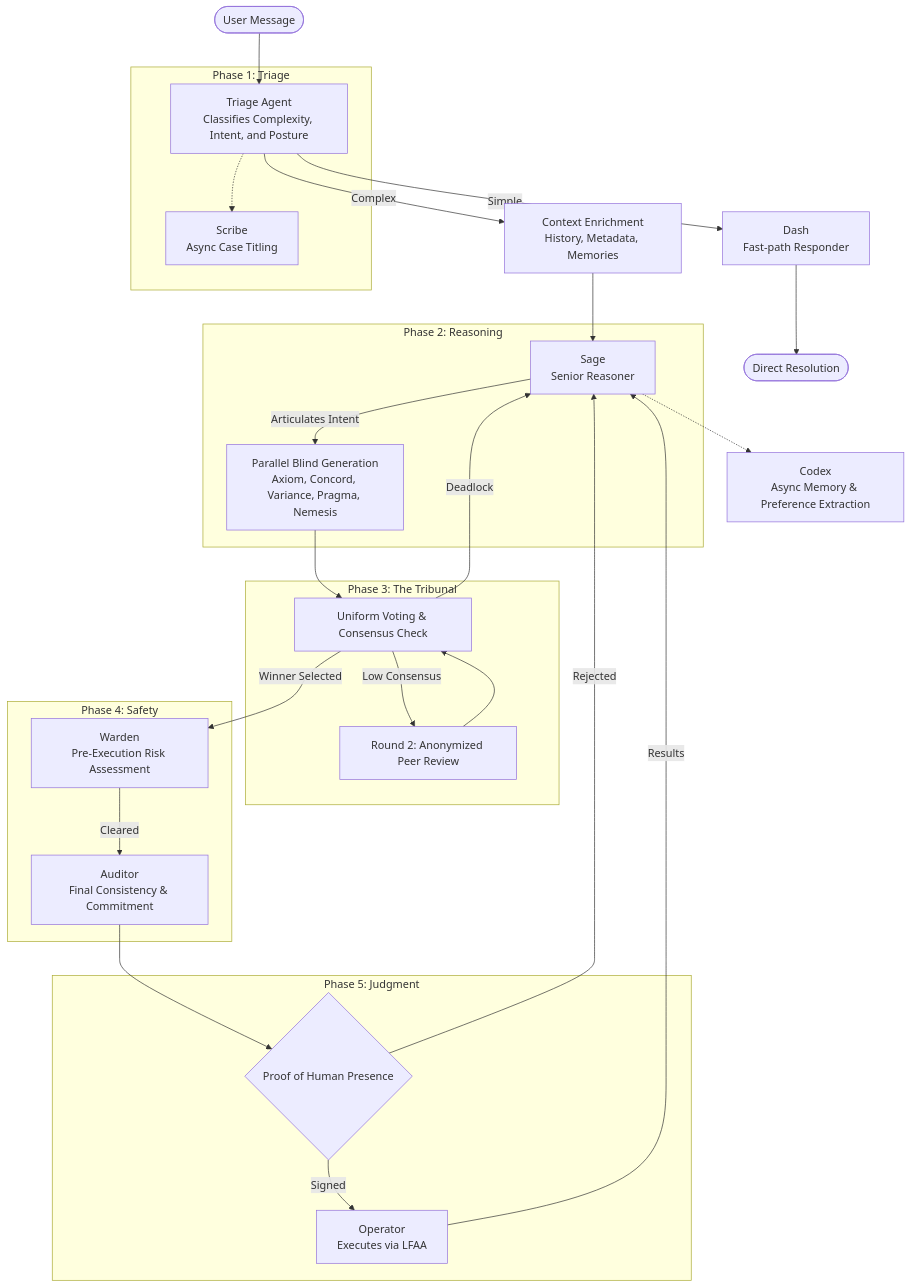
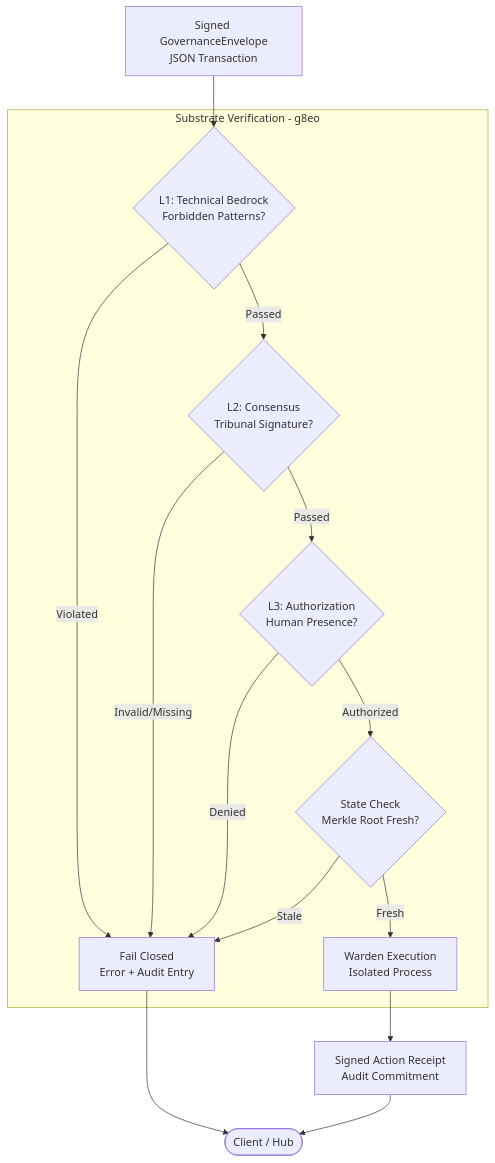
Before and after one commit to g8e-ai/g8e: the first of 2 diagrams in README.md, drawn with Mermaid. The commit also changed other lines of this file and 971 other files, not shown here.

````diff
--- a/README.md
+++ b/README.md
@@ -36,47 +38,24 @@
 ```mermaid
 flowchart TD
-    User([User Message]) --> Triage
-
-    subgraph Phase_1 [Phase 1: Triage]
-        Triage[Triage Agent<br>Classifies Complexity, Intent, and Posture]
-        Scribe[Scribe<br>Async Case Titling]
-        Triage -.-> Scribe
+    TX[Signed GovernanceEnvelope<br>JSON Transaction] --> L1
+    
+    subgraph Substrate [Substrate Verification - g8eo]
+        L1{L1: Technical Bedrock<br>Forbidden Patterns?}
+        L1 -- "Violated" --> Reject
+        
+        L1 -- "Passed" --> L2{L2: Consensus<br>Tribunal Signature?}
+        L2 -- "Invalid/Missing" --> Reject
+        
+        L2 -- "Passed" --> L3{L3: Authorization<br>Human Presence?}
+        L3 -- "Denied" --> Reject
+        
+        L3 -- "Authorized" --> State{State Check<br>Merkle Root Fresh?}
+        State -- "Stale" --> Reject
+        
+        State -- "Fresh" --> Exec[Warden Execution<br>Isolated Process]
     end
-
-    Triage -- "Simple" --> Dash[Dash<br>Fast-path Responder]
-    Dash --> Output([Direct Resolution])
-
-    Triage -- "Complex" --> Context[Context Enrichment<br>History, Metadata, Memories]
-    Context --> Sage[Sage<br>Senior Reasoner]
-
-    Codex[Codex<br>Async Memory & Preference Extraction]
-    Sage -.-> Codex
-
-    subgraph Phase_2 [Phase 2: Reasoning]
-        Sage -- "Articulates Intent" --> Tribunal
-    end
-
-    subgraph Phase_3 [Phase 3: The Tribunal]
-        Tribunal[Parallel Blind Generation<br>Axiom, Concord, Variance, Pragma, Nemesis]
-        Tribunal --> Consensus[Uniform Voting & Consensus Check]
-        Consensus -- "Low Consensus" --> R2[Round 2: Anonymized Peer Review]
-        R2 --> Consensus
-        Consensus -- "Deadlock" --> Sage
-    end
-
-    Consensus -- "Winner Selected" --> Warden
-
-    subgraph Phase_4 [Phase 4: Safety]
-        Warden[Warden<br>Pre-Execution Risk Assessment]
-        Warden -- "Cleared" --> Auditor
-    end
-
-    subgraph Phase_5 [Phase 5: Judgment]
-        Auditor[Auditor<br>Final Consistency & Commitment]
-        Auditor --> PHP{Proof of Human Presence}
-        PHP -- "Signed" --> Operator[Operator<br>Executes via LFAA]
-        Operator -- "Results" --> Sage
-    end
-
-    PHP -- "Rejected" --> Sage
+    
+    Exec --> Receipt[Signed Action Receipt<br>Audit Commitment]
+    Reject[Fail Closed<br>Error + Audit Entry] --> Client
+    Receipt --> Client([Client / Hub])
 ```
````
